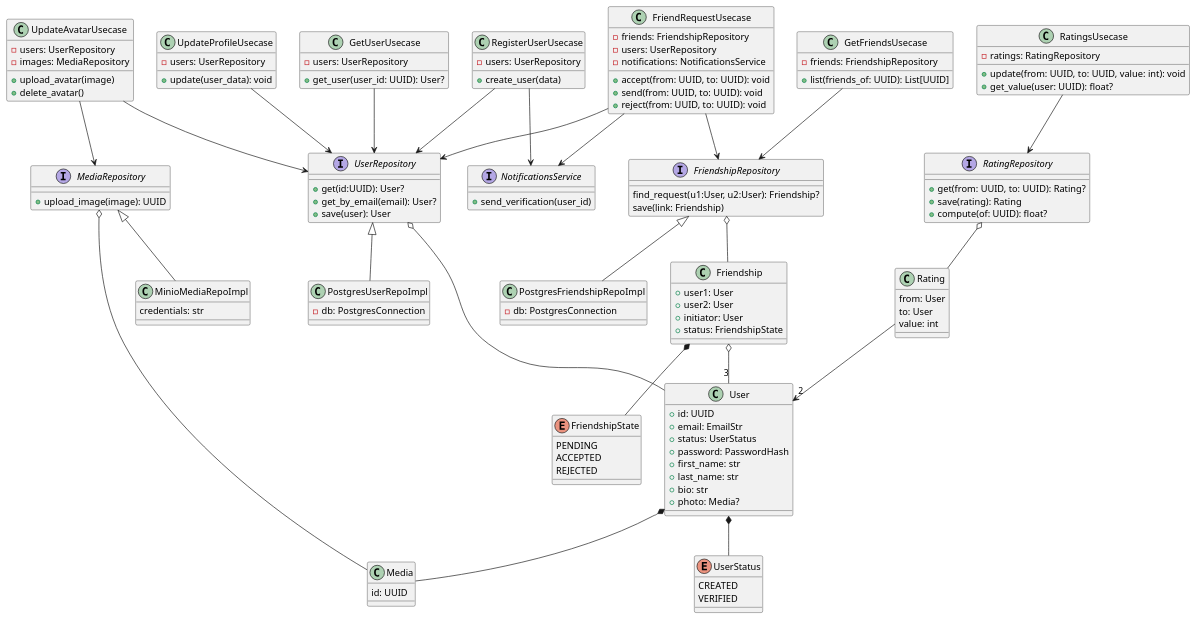
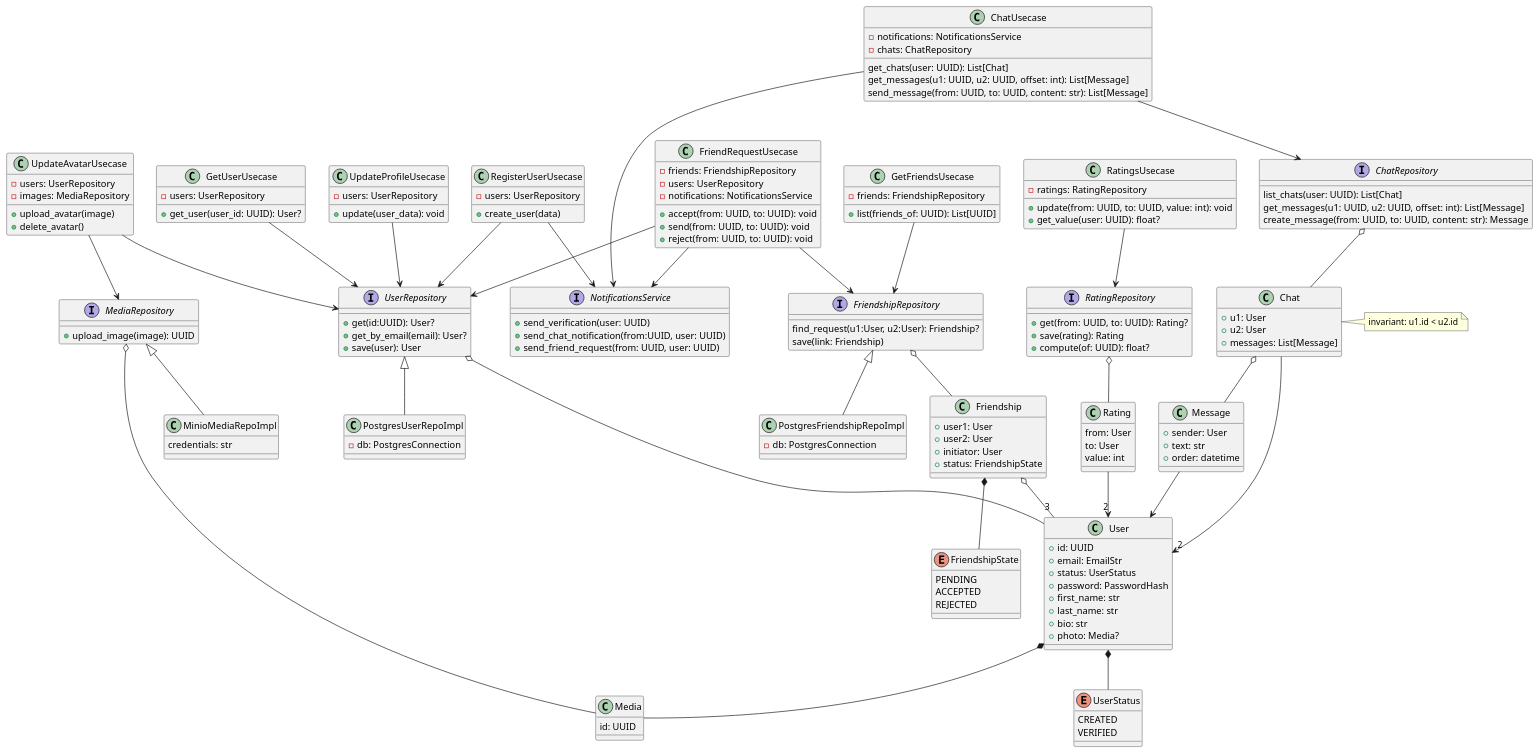
Before and after one commit to kluchi/diagrams: the diagram in classes.puml, drawn with PlantUML. The commit also changed 1 other file, not shown here.

Commit message:
chat usecase and classes

```diff
--- a/classes.puml
+++ b/classes.puml
@@ -84,7 +84,9 @@
 RegisterUserUsecase --> NotificationsService
 
 interface NotificationsService {
-    + send_verification(user_id)
+    + send_verification(user: UUID)
+    + send_chat_notification(from:UUID, user: UUID)
+    + send_friend_request(from: UUID, user: UUID)
 }
 
 class Friendship {
@@ -167,4 +169,43 @@
 
 RatingsUsecase --> RatingRepository
 
+class Message {
+    + sender: User
+    + text: str
+    + order: datetime
+}
+
+class Chat {
+    + u1: User
+    + u2: User
+    + messages: List[Message]
+}
+
+note right of Chat: invariant: u1.id < u2.id
+
+Chat --> "2" User
+
+Chat o-- Message
+Message --> User
+
+interface ChatRepository {
+    list_chats(user: UUID): List[Chat]
+    get_messages(u1: UUID, u2: UUID, offset: int): List[Message]
+    create_message(from: UUID, to: UUID, content: str): Message
+}
+
+ChatRepository o-- Chat
+
+class ChatUsecase {
+    - notifications: NotificationsService
+    - chats: ChatRepository
+
+    get_chats(user: UUID): List[Chat]
+    get_messages(u1: UUID, u2: UUID, offset: int): List[Message]
+    send_message(from: UUID, to: UUID, content: str): List[Message]
+}
+
+ChatUsecase --> ChatRepository
+ChatUsecase --> NotificationsService
+
 @enduml
```
